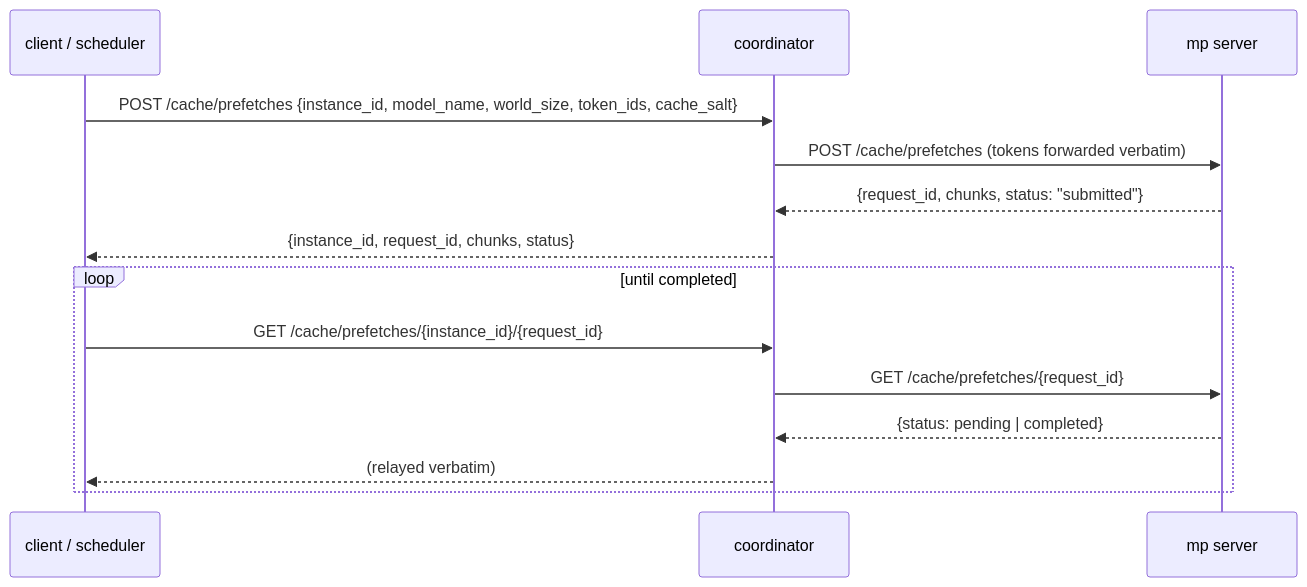
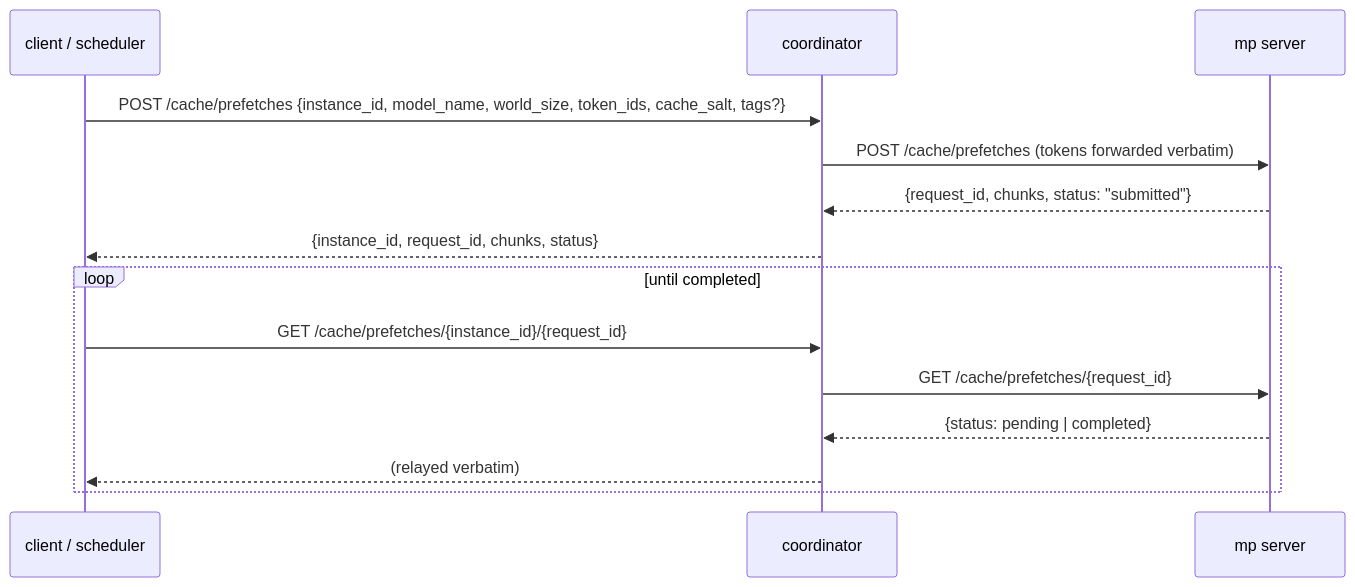
Before and after one commit to LMCache/LMCache: the diagram in docs/design/v1/mp_coordinator/l2_prefetch.md, drawn with Mermaid. The commit also changed other lines of this file and 45 other files, not shown here.

````diff
--- a/docs/design/v1/mp_coordinator/l2_prefetch.md
+++ b/docs/design/v1/mp_coordinator/l2_prefetch.md
@@ -12,17 +12,17 @@
 ```mermaid
 sequenceDiagram
     participant Cl as client / scheduler
     participant Co as coordinator
     participant M as mp server
 
-    Cl->>Co: POST /cache/prefetches {instance_id, model_name, world_size, token_ids, cache_salt}
+    Cl->>Co: POST /cache/prefetches {instance_id, model_name, world_size, token_ids, cache_salt, tags?}
     Co->>M: POST /cache/prefetches (tokens forwarded verbatim)
     M-->>Co: {request_id, chunks, status: "submitted"}
     Co-->>Cl: {instance_id, request_id, chunks, status}
     loop until completed
         Cl->>Co: GET /cache/prefetches/{instance_id}/{request_id}
         Co->>M: GET /cache/prefetches/{request_id}
         M-->>Co: {status: pending | completed}
         Co-->>Cl: (relayed verbatim)
     end
 ```
````
